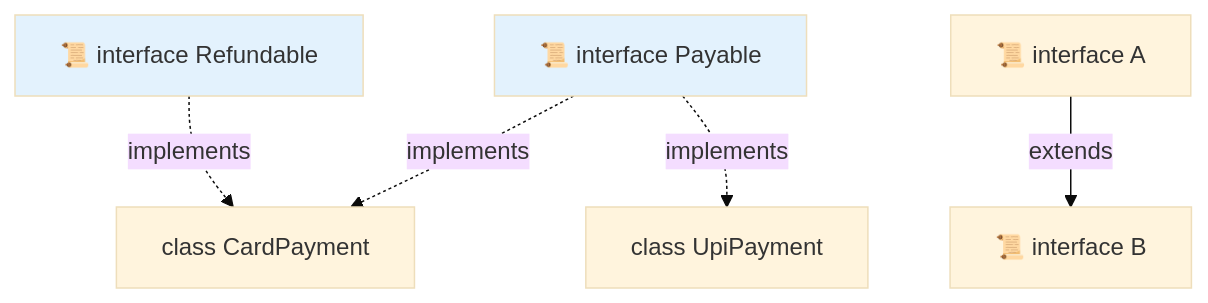
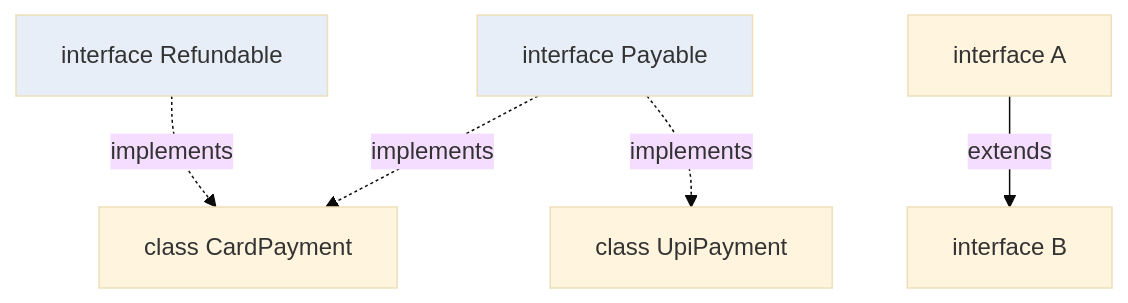
Before and after one commit to kundankumarsharma56/Leaning-Java: the diagram in src/Theory/06-OOPS-Part-2/06-Interfaces.md, drawn with Mermaid (base theme). The commit also changed other lines of this file and 84 other files, not shown here.

````diff
--- a/src/Theory/06-OOPS-Part-2/06-Interfaces.md
+++ b/src/Theory/06-OOPS-Part-2/06-Interfaces.md
@@ -21,9 +21,9 @@
 ```mermaid
 flowchart TD
-    I1["📜 interface Payable"] -.implements.-> C1["class CardPayment"]
+    I1["interface Payable"] -.implements.-> C1["class CardPayment"]
     I1 -.implements.-> C2["class UpiPayment"]
-    I2["📜 interface Refundable"] -.implements.-> C1
-    I3["📜 interface A"] -->|extends| I4["📜 interface B"]
-    style I1 fill:#e3f2fd
-    style I2 fill:#e3f2fd
+    I2["interface Refundable"] -.implements.-> C1
+    I3["interface A"] -->|extends| I4["interface B"]
+    style I1 fill:#e7eef7
+    style I2 fill:#e7eef7
 ```
````
